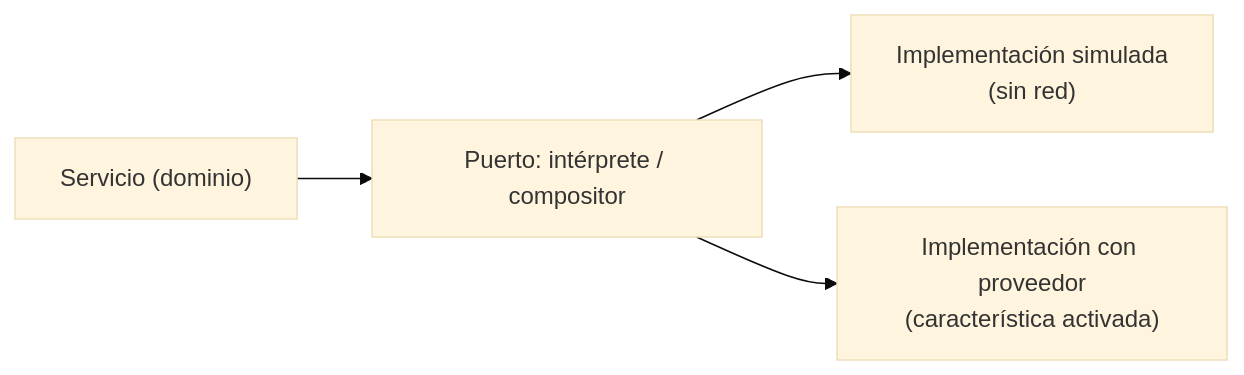
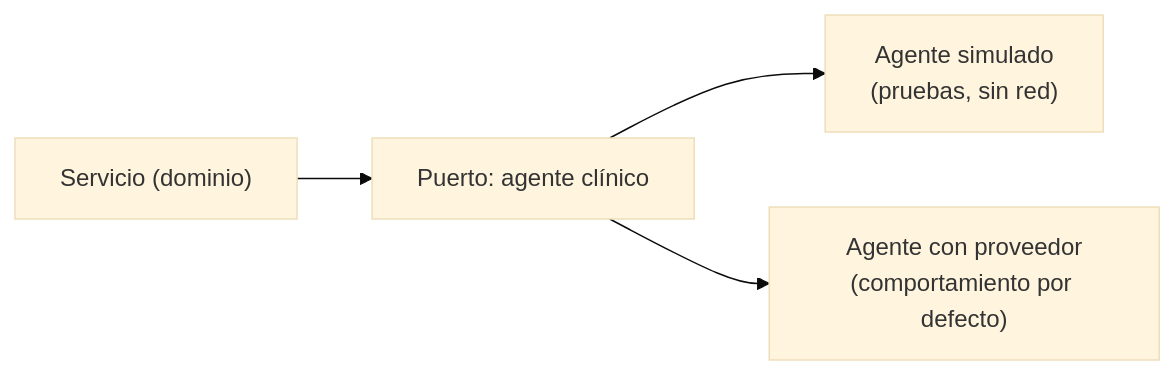
Before and after one commit to devmauriciopineda/careme: the first of 3 diagrams in docs/concepts/05-ia-llm-prompts-y-rag.md, drawn with Mermaid (base theme). The commit also changed other lines of this file and 117 other files, not shown here.

````diff
--- a/docs/concepts/05-ia-llm-prompts-y-rag.md
+++ b/docs/concepts/05-ia-llm-prompts-y-rag.md
@@ -158,6 +155,6 @@
 ```mermaid
 flowchart LR
-    S["Servicio (dominio)"] --> I["Puerto: intérprete / compositor"]
-    I --> F["Implementación simulada<br/>(sin red)"]
-    I --> O["Implementación con proveedor<br/>(característica activada)"]
+    S["Servicio (dominio)"] --> A["Puerto: agente clínico"]
+    A --> F["Agente simulado<br/>(pruebas, sin red)"]
+    A --> O["Agente con proveedor<br/>(comportamiento por defecto)"]
 ```
````
